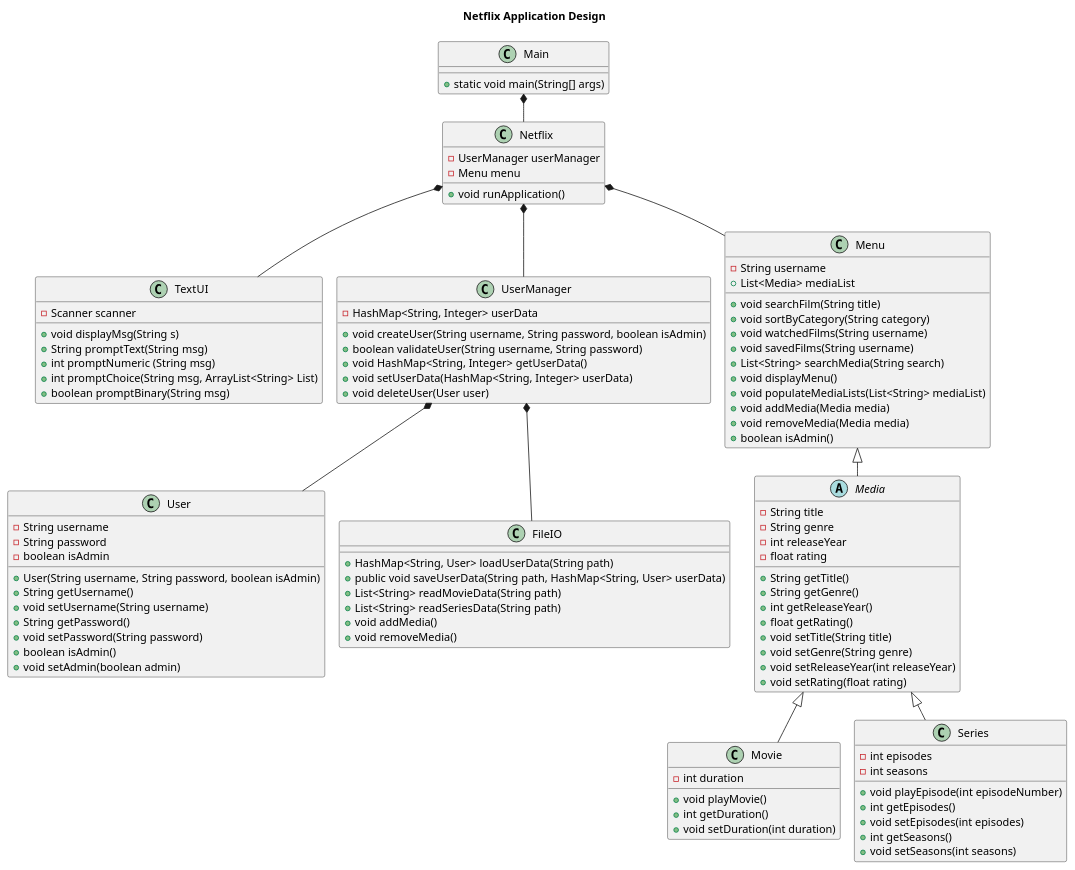
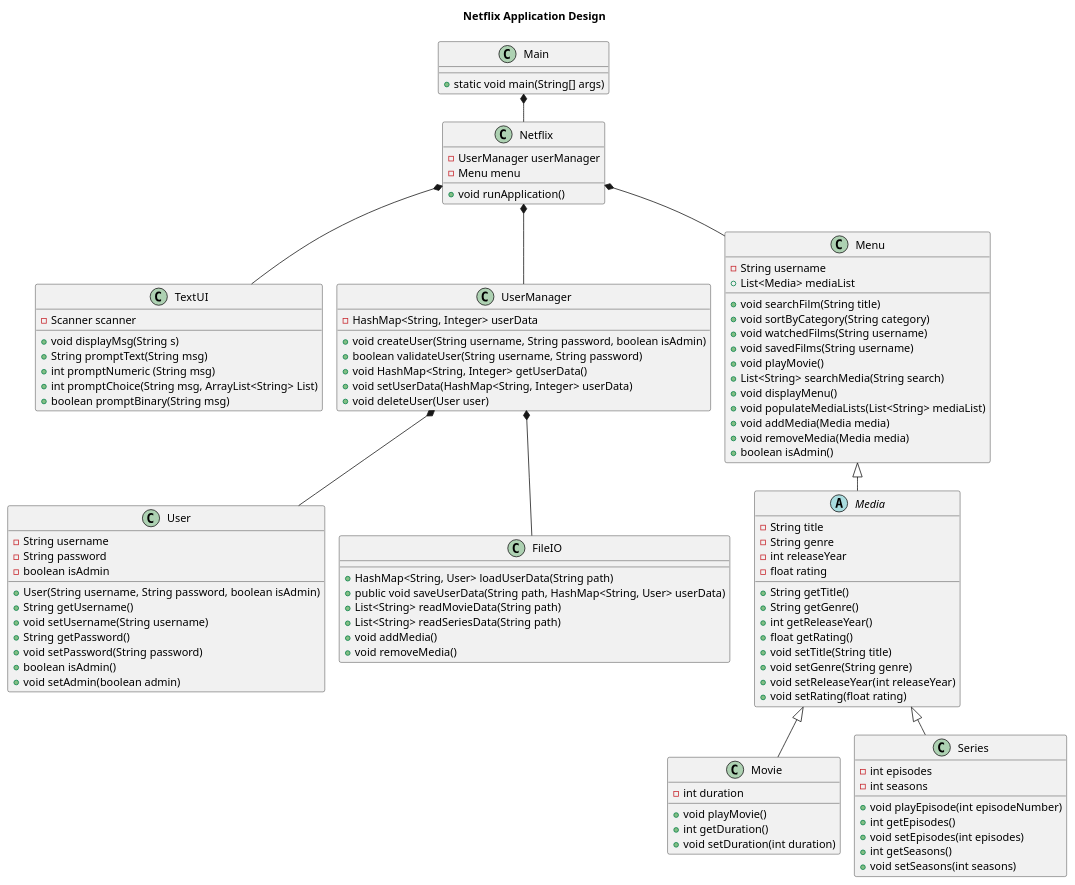
Before and after one commit to MarcusPFF/SP3-StreamingServiceProject: the diagram in doc/classDiagram/classDiagram.puml, drawn with PlantUML. The commit also changed 1 other file, not shown here.

```diff
--- a/doc/classDiagram/classDiagram.puml
+++ b/doc/classDiagram/classDiagram.puml
@@ -1,117 +1,118 @@
 @startuml
 !pragma layout smetana
 title Netflix Application Design
 
 class Main {
     + static void main(String[] args)
 
 }
 
 Main *-- Netflix
 
 class Netflix {
     - UserManager userManager
     - Menu menu
     + void runApplication()
 }
 
 Netflix *-- TextUI
 
 class TextUI {
 - Scanner scanner
 
 + void displayMsg(String s)
 + String promptText(String msg)
 + int promptNumeric (String msg)
 + int promptChoice(String msg, ArrayList<String> List)
 + boolean promptBinary(String msg)
 
 }
 Netflix *-- UserManager
 Netflix *-- Menu
 
 class UserManager {
     - HashMap<String, Integer> userData
     + void createUser(String username, String password, boolean isAdmin)
     + boolean validateUser(String username, String password)
     + void HashMap<String, Integer> getUserData()
     + void setUserData(HashMap<String, Integer> userData)
     + void deleteUser(User user)
 
 }
 
 UserManager *-- User
 
 class User {
     - String username
     - String password
     - boolean isAdmin
     + User(String username, String password, boolean isAdmin)
     + String getUsername()
     + void setUsername(String username)
     + String getPassword()
     + void setPassword(String password)
     + boolean isAdmin()
     + void setAdmin(boolean admin)
 }
 
 UserManager *-- FileIO
 
 class FileIO {
     + HashMap<String, User> loadUserData(String path)
     + public void saveUserData(String path, HashMap<String, User> userData)
     + List<String> readMovieData(String path)
     + List<String> readSeriesData(String path)
     + void addMedia()
     + void removeMedia()
 
 }
 
 class Menu{
     - String username
     + List<Media> mediaList
     + void searchFilm(String title)
     + void sortByCategory(String category)
     + void watchedFilms(String username)
     + void savedFilms(String username)
+    + void playMovie()
     + List<String> searchMedia(String search)
     + void displayMenu()
     + void populateMediaLists(List<String> mediaList)
     + void addMedia(Media media)
     + void removeMedia(Media media)
     + boolean isAdmin()
 }
 
 abstract class Media extends Menu {
     - String title
     - String genre
     - int releaseYear
     - float rating
     + String getTitle()
     + String getGenre()
     + int getReleaseYear()
     + float getRating()
     + void setTitle(String title)
     + void setGenre(String genre)
     + void setReleaseYear(int releaseYear)
     + void setRating(float rating)
 }
 
 class Movie extends Media {
     - int duration
     + void playMovie()
     + int getDuration()
     + void setDuration(int duration)
 }
 
 class Series extends Media{
     - int episodes
     - int seasons
     + void playEpisode(int episodeNumber)
     + int getEpisodes()
     + void setEpisodes(int episodes)
     + int getSeasons()
     + void setSeasons(int seasons)
 }
 
 @enduml
```
